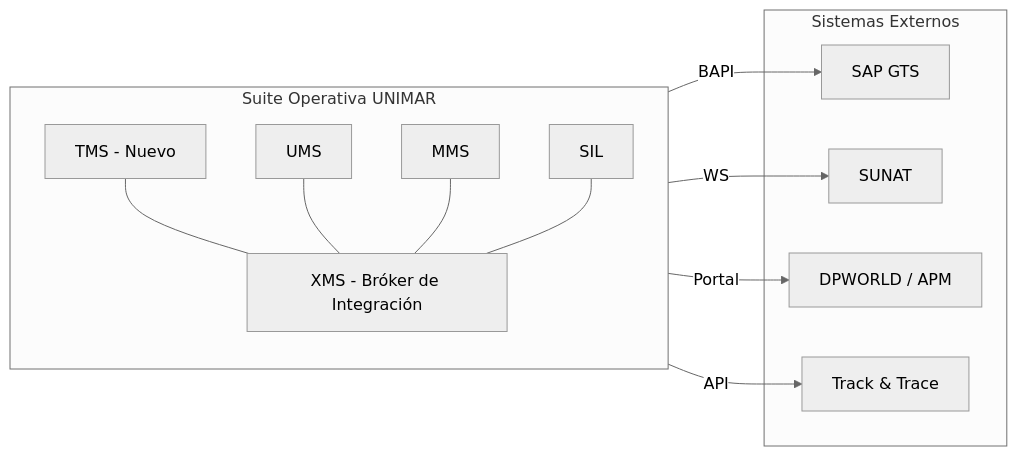
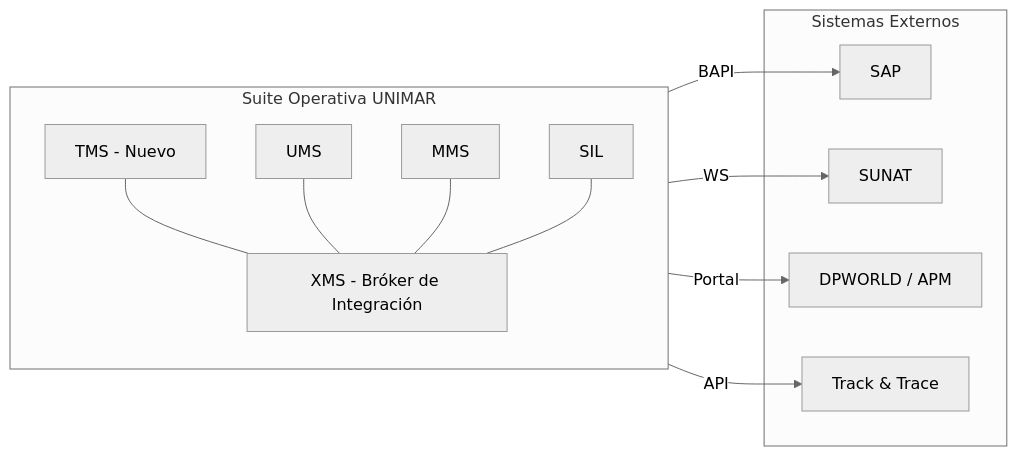
One commit to beyondnetPeru/unimar_tms changed the first of 4 diagrams in _bmad-output/planning-artifacts/prd-sistema-gestion-transportes.es.md. Above: the diagram before and after it, drawn with Mermaid (neutral theme). The commit also changed other lines of this file, not shown here.

Commit message:
fix: unificar referencias a SAP como fuente de datos legacy

````diff
--- a/_bmad-output/planning-artifacts/prd-sistema-gestion-transportes.es.md
+++ b/_bmad-output/planning-artifacts/prd-sistema-gestion-transportes.es.md
@@ -161,27 +161,27 @@
 ```mermaid
 flowchart LR
     subgraph SUITE[Suite Operativa UNIMAR]
         direction TB
         XMS[XMS - Bróker de Integración]
         UMS[UMS]
         MMS[MMS]
         SIL[SIL]
         TMS[TMS - Nuevo]
     end
 
     subgraph EXT[Sistemas Externos]
-        SAP[SAP GTS]
+        SAP[SAP]
         SUNAT
         DPW[DPWORLD / APM]
         TT[Track & Trace]
     end
 
     TMS --- XMS
     UMS --- XMS
     MMS --- XMS
     SIL --- XMS
     TMS -->|BAPI| SAP
     TMS -->|WS| SUNAT
     TMS -->|Portal| DPW
     TMS -->|API| TT
 ```
````
